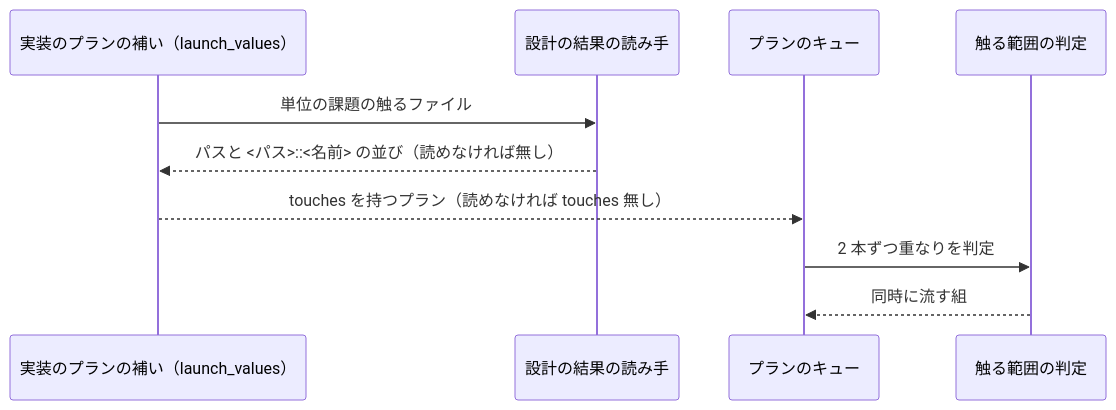
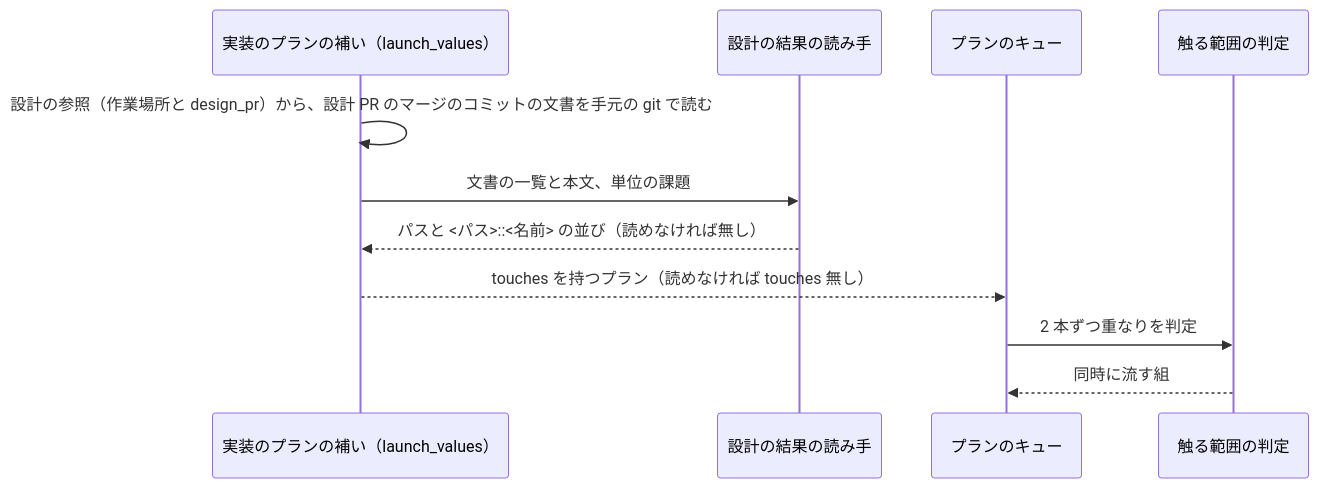
Before and after one commit to devbasex/ai-plugins: the fifth of 5 diagrams in issues/issue-4295-2037-design.md, drawn with Mermaid. The commit also changed other lines of this file, not shown here.

````diff
--- a/issues/issue-4295-2037-design.md
+++ b/issues/issue-4295-2037-design.md
@@ -278,12 +309,13 @@
 ```mermaid
 sequenceDiagram
     participant RT as 実装のプランの補い（launch_values）
     participant DR as 設計の結果の読み手
     participant QU as プランのキュー
     participant QD as 触る範囲の判定
-    RT->>DR: 単位の課題の触るファイル
+    RT->>RT: 設計の参照（作業場所と design_pr）から、設計 PR のマージのコミットの文書を手元の git で読む
+    RT->>DR: 文書の一覧と本文、単位の課題
     DR-->>RT: パスと <パス>::<名前> の並び（読めなければ無し）
     RT-->>QU: touches を持つプラン（読めなければ touches 無し）
     QU->>QD: 2 本ずつ重なりを判定
     QD-->>QU: 同時に流す組
 ```
````
